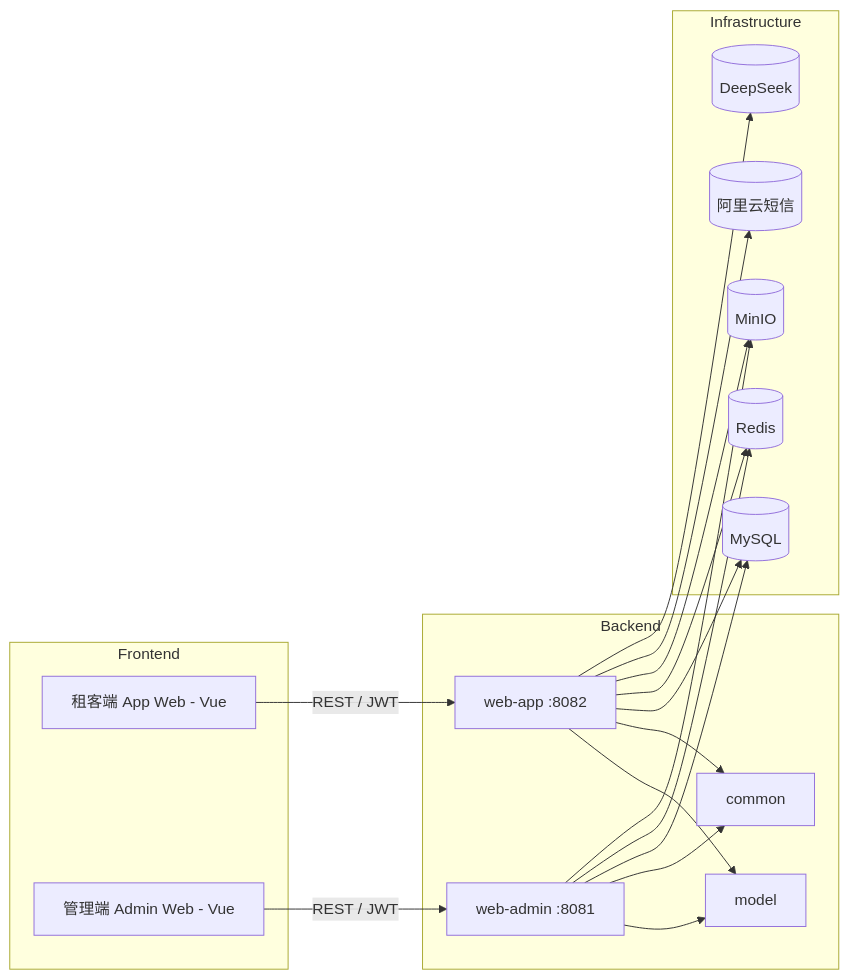
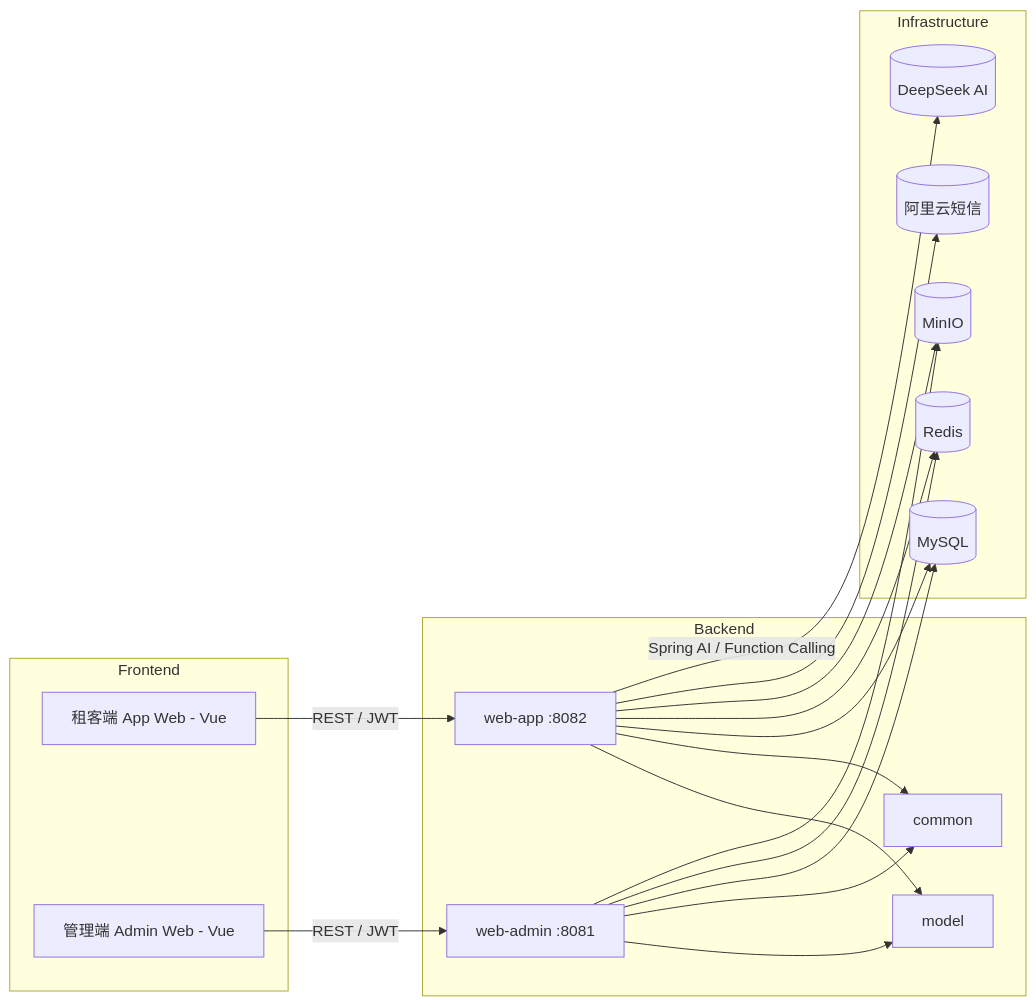
One commit to sakuracat666/Yi-Xuan-Good-Residence changed the diagram in README.md. Above: the diagram before and after it, drawn with Mermaid. The commit also changed other lines of this file, not shown here.

First line of the commit message:
docs(readme): 更新项目文档完善 Spring AI 集成说明

````diff
--- a/README.md
+++ b/README.md
@@ -103,38 +157,38 @@
 ```mermaid
 graph LR
     subgraph Frontend
         A[租客端 App Web - Vue]
         B[管理端 Admin Web - Vue]
     end
 
     subgraph Backend
         C[web-app :8082]
         D[web-admin :8081]
         E[common]
         F[model]
     end
 
     A -->|REST / JWT| C
     B -->|REST / JWT| D
     C --> F
     D --> F
     C --> E
     D --> E
 
     subgraph Infrastructure
         G[(MySQL)]
         H[(Redis)]
         I[(MinIO)]
         J[(阿里云短信)]
-        K[(DeepSeek)]
+        K[(DeepSeek AI)]
     end
 
     C --> G
     C --> H
     C --> I
     C --> J
-    C --> K
+    C -->|Spring AI / Function Calling| K
     D --> G
     D --> H
     D --> I
 ```
````
